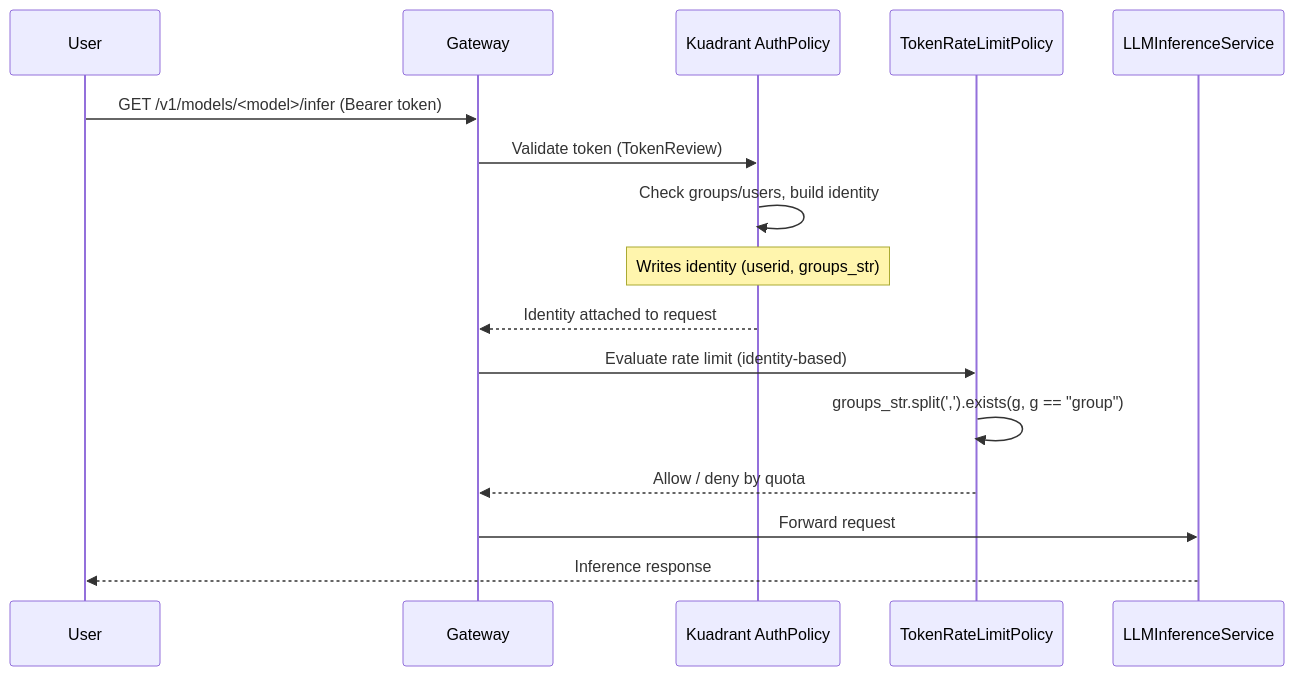
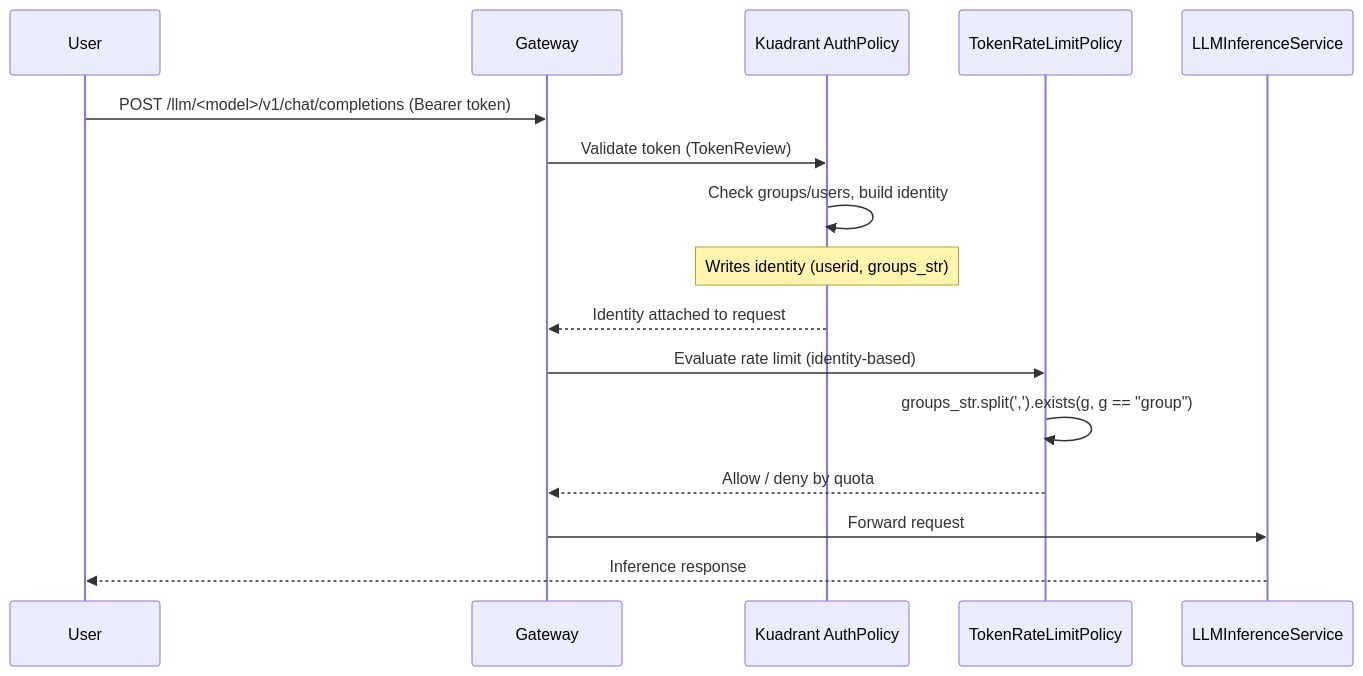
Before and after one commit to opendatahub-io/models-as-a-service: the second of 6 diagrams in subscription-docs/MAAS_CONTROLLER_OVERVIEW.md, drawn with Mermaid. The commit also changed other lines of this file and 7 other files, not shown here.

````diff
--- a/subscription-docs/MAAS_CONTROLLER_OVERVIEW.md
+++ b/subscription-docs/MAAS_CONTROLLER_OVERVIEW.md
@@ -64,19 +64,19 @@
 ```mermaid
 sequenceDiagram
     participant User
     participant Gateway
     participant AuthPolicy as Kuadrant AuthPolicy
     participant TRLP as TokenRateLimitPolicy
     participant Backend as LLMInferenceService
 
-    User->>Gateway: GET /v1/models/<model>/infer (Bearer token)
+    User->>Gateway: POST /llm/<model>/v1/chat/completions (Bearer token)
     Gateway->>AuthPolicy: Validate token (TokenReview)
     AuthPolicy->>AuthPolicy: Check groups/users, build identity
     Note over AuthPolicy: Writes identity (userid, groups_str)
     AuthPolicy-->>Gateway: Identity attached to request
     Gateway->>TRLP: Evaluate rate limit (identity-based)
     TRLP->>TRLP: groups_str.split(',').exists(g, g == "group")
     TRLP-->>Gateway: Allow / deny by quota
     Gateway->>Backend: Forward request
     Backend-->>User: Inference response
 ```
````
